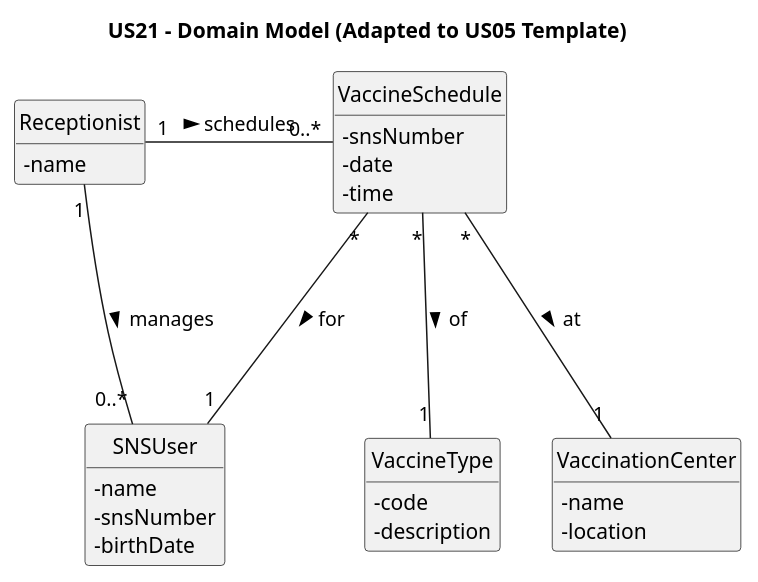
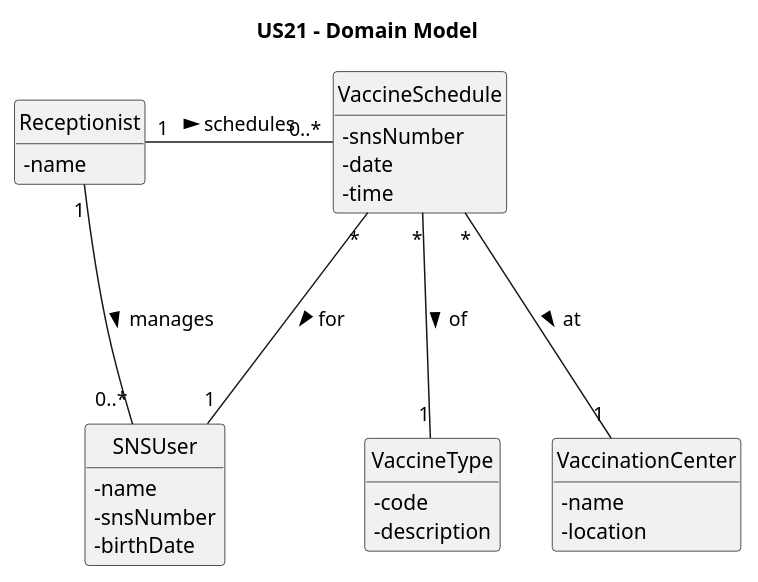
The diagram in docs/system-documentation/US21/puml/US21-DM.puml (luluisfcm/leti-esoft-25-26-B5), drawn with PlantUML before and after one commit. The commit also changed 14 other files, not shown here.

```diff
--- a/docs/system-documentation/US21/puml/US21-DM.puml
+++ b/docs/system-documentation/US21/puml/US21-DM.puml
@@ -1,41 +1,41 @@
 @startuml
-title US21 - Domain Model (Adapted to US05 Template)
+title US21 - Domain Model
 
 hide methods
 hide circles
 skinparam classAttributeIconSize 0
 
 class Receptionist {
     - name
 }
 
 class VaccineSchedule {
     - snsNumber
     - date
     - time
 }
 
 class SNSUser {
     - name
     - snsNumber
     - birthDate
 }
 
 class VaccineType {
     - code
     - description
 }
 
 class VaccinationCenter {
     - name
     - location
 }
 
 Receptionist "1" -right-- "0..*" VaccineSchedule: schedules >
 Receptionist "1" -down-- "0..*" SNSUser: manages >
 
 VaccineSchedule "*" -right-- "1" SNSUser: for >
 VaccineSchedule "*" -down-- "1" VaccineType: of >
 VaccineSchedule "*" -down-- "1" VaccinationCenter: at >
 
 @enduml
```
